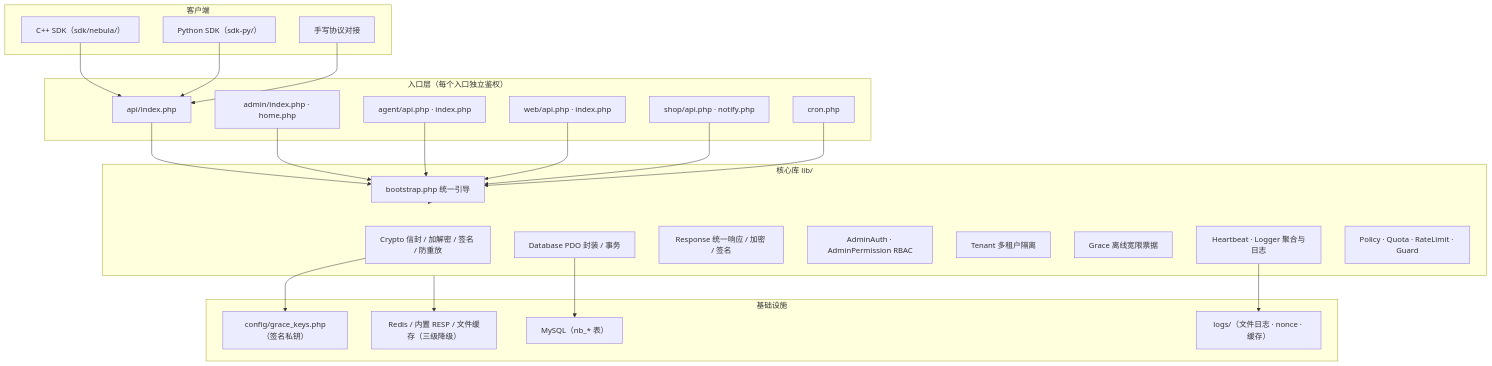
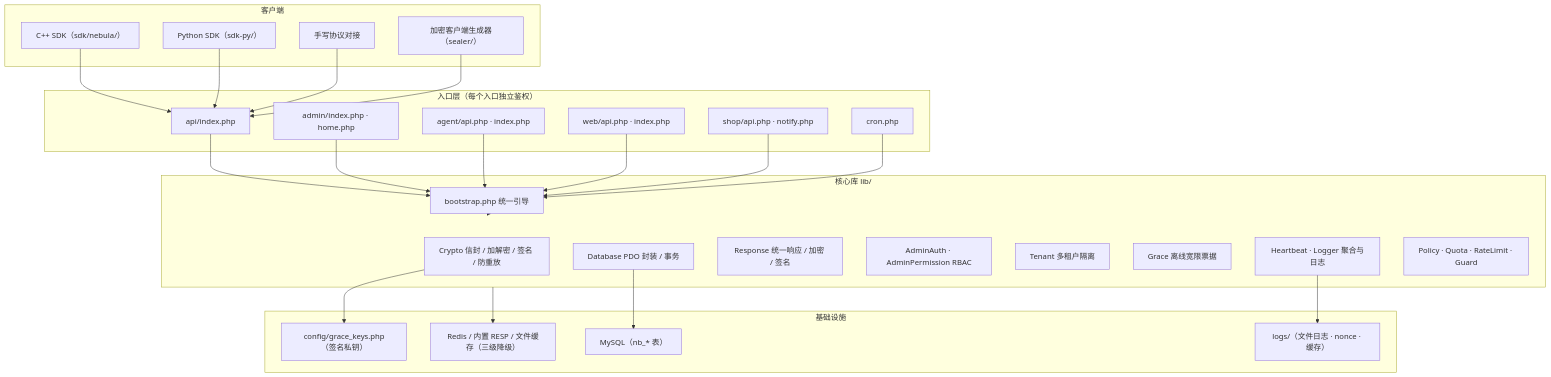
One commit to zxw7764-png/Nebula-Network-verification changed the first of 7 diagrams in docs/ARCHITECTURE.md. Above: the diagram before and after it, drawn with Mermaid. The commit also changed other lines of this file and 6 other files, not shown here.

````diff
--- a/docs/ARCHITECTURE.md
+++ b/docs/ARCHITECTURE.md
@@ -34,51 +34,53 @@
 ```mermaid
 flowchart TD
     subgraph CL["客户端"]
         C1["C++ SDK（sdk/nebula/）"]
         C2["Python SDK（sdk-py/）"]
         C3["手写协议对接"]
+        C4["加密客户端生成器（sealer/）"]
     end
 
     subgraph ENTRY["入口层（每个入口独立鉴权）"]
         E1["api/index.php"]
         E2["admin/index.php · home.php"]
         E3["agent/api.php · index.php"]
         E4["web/api.php · index.php"]
         E5["shop/api.php · notify.php"]
         E6["cron.php"]
     end
 
     subgraph CORE["核心库 lib/"]
         K0["bootstrap.php 统一引导"]
         K1["Crypto 信封 / 加解密 / 签名 / 防重放"]
         K2["Database PDO 封装 / 事务"]
         K3["Response 统一响应 / 加密 / 签名"]
         K4["AdminAuth · AdminPermission RBAC"]
         K5["Tenant 多租户隔离"]
         K6["Grace 离线宽限票据"]
         K7["Heartbeat · Logger 聚合与日志"]
         K8["Policy · Quota · RateLimit · Guard"]
     end
 
     subgraph INFRA["基础设施"]
         I1["MySQL（nb_* 表）"]
         I2["Redis / 内置 RESP / 文件缓存（三级降级）"]
         I3["logs/（文件日志 · nonce · 缓存）"]
         I4["config/grace_keys.php（签名私钥）"]
     end
 
     C1 --> E1
     C2 --> E1
     C3 --> E1
+    C4 --> E1
     E1 --> K0
     E2 --> K0
     E3 --> K0
     E4 --> K0
     E5 --> K0
     E6 --> K0
     K0 --> CORE
     K1 --> I4
     K2 --> I1
     K7 --> I3
     CORE --> I2
 ```
````
